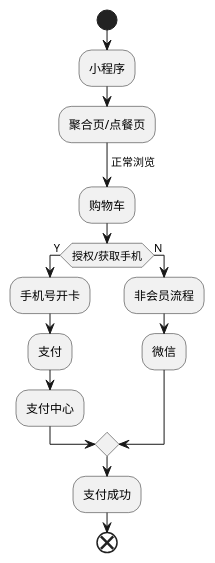
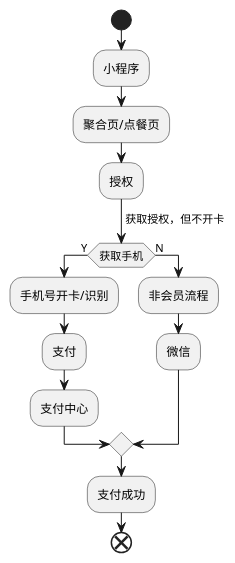
The diagram in card/min_new_opencard.puml (yulongge/welife), drawn with PlantUML before and after one commit. The commit also changed 7 other files, not shown here.

```diff
--- a/card/min_new_opencard.puml
+++ b/card/min_new_opencard.puml
@@ -1,19 +1,19 @@
 @startuml
 start
 :小程序;
 :聚合页/点餐页;
--> 正常浏览;
-:购物车;
-if(授权/获取手机) then (Y)
-	:手机号开卡;
+:授权;
+-> 获取授权，但不开卡;
+if(获取手机) then (Y)
+	:手机号开卡/识别;
 	:支付;
 	:支付中心;
 else (N)
 	:非会员流程;
 	:微信;
 endif
 
 :支付成功;
 
 end
 @enduml
```
